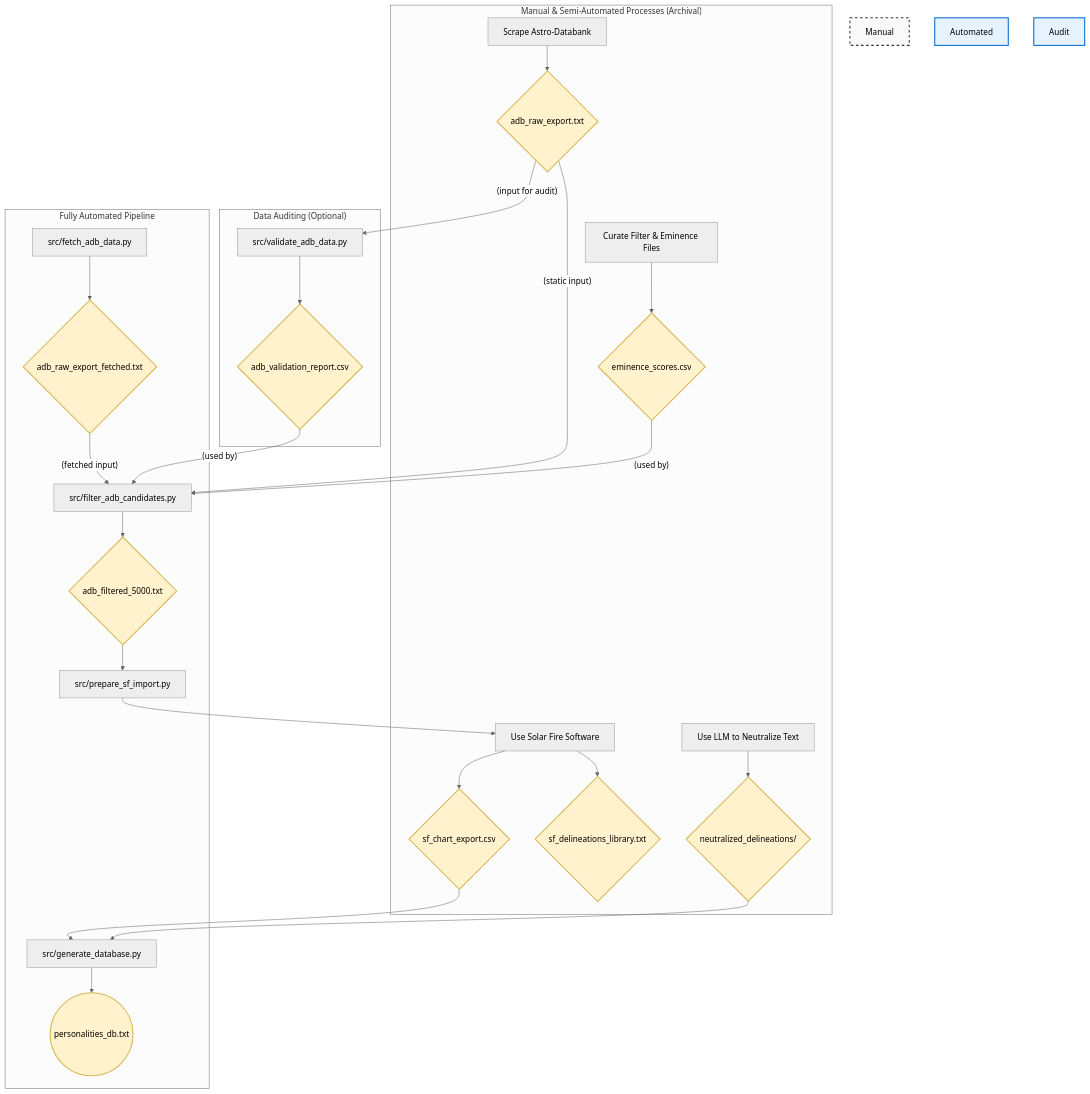
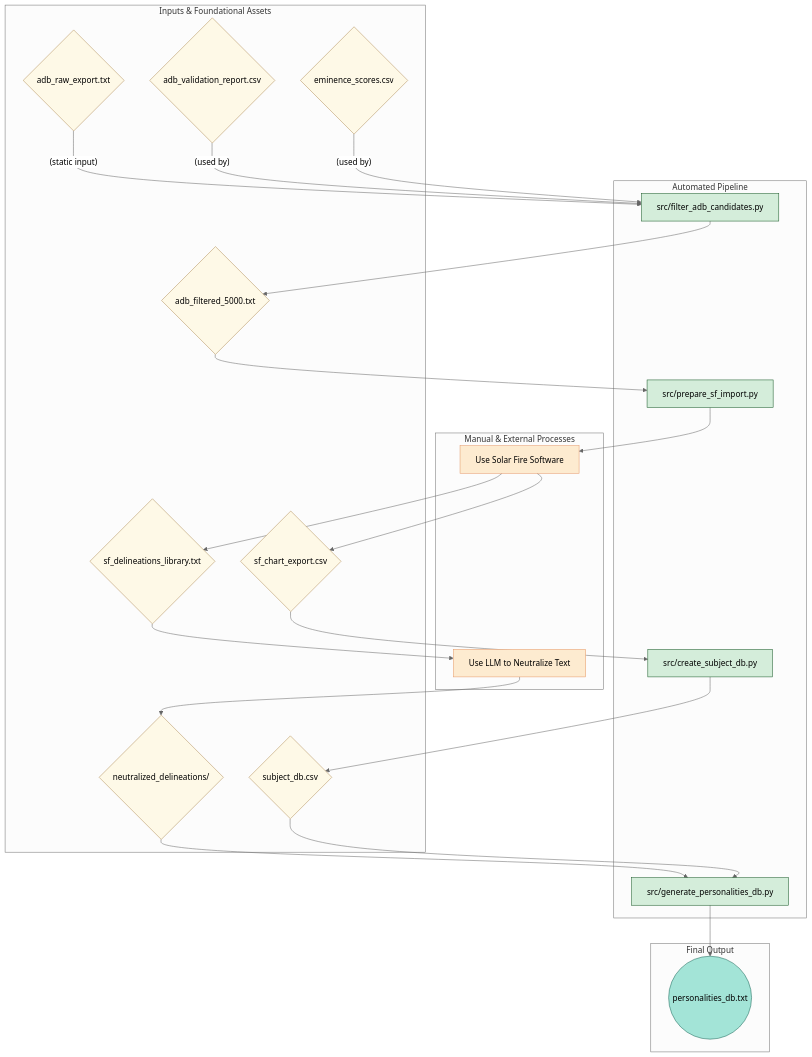
Before and after one commit to peterjmarko/llm-narrative-framework: the diagram in docs/diagrams/flow_prep_pipeline.mmd, drawn with Mermaid (neutral theme). The commit also changed other lines of this file and 17 other files, not shown here.

```diff
--- a/docs/diagrams/flow_prep_pipeline.mmd
+++ b/docs/diagrams/flow_prep_pipeline.mmd
@@ -1,35 +1,63 @@
 graph TD
-    subgraph "Manual & Semi-Automated Processes (Archival)"
-        style Manual fill:#f9f9f9,stroke:#333,stroke-width:2px,stroke-dasharray: 5 5
-        A[Scrape Astro-Databank] --> B{adb_raw_export.txt};
-        C[Curate Filter & Eminence Files] --> E{eminence_scores.csv};
-        I[Use Solar Fire Software] --> J{sf_chart_export.csv};
-        I --> K{sf_delineations_library.txt};
-        L[Use LLM to Neutralize Text] --> M{neutralized_delineations/};
+    subgraph "Automated Pipeline"
+        F[src/filter_adb_candidates.py]
+        H[src/prepare_sf_import.py]
+        S[src/create_subject_db.py]
+        N[src/generate_personalities_db.py]
     end
 
-    subgraph "Fully Automated Pipeline"
-        style Automated fill:#e6f3ff,stroke:#0066cc,stroke-width:2px
-        F_new[src/fetch_adb_data.py] --> B_new{adb_raw_export_fetched.txt};
-        F[src/filter_adb_candidates.py] --> G{adb_filtered_5000.txt};
-        H[src/prepare_sf_import.py] --> I;
-        N[src/generate_database.py] --> O((personalities_db.txt));
+    subgraph "Manual & External Processes"
+        I[Use Solar Fire Software]
+        L[Use LLM to Neutralize Text]
+    end
+    
+    subgraph "Inputs & Foundational Assets"
+        B_raw{adb_raw_export.txt}
+        Q_report{adb_validation_report.csv}
+        E_scores{eminence_scores.csv}
+        G_filtered{adb_filtered_5000.txt}
+        J_export{sf_chart_export.csv}
+        K_lib{sf_delineations_library.txt}
+        M_neut{neutralized_delineations/}
+        R_db{subject_db.csv}
     end
 
-    subgraph "Data Auditing (Optional)"
-        style Audit fill:#e6f3ff,stroke:#0066cc,stroke-width:2px
-        P[src/validate_adb_data.py] --> Q{adb_validation_report.csv}
+    subgraph "Final Output"
+        O((personalities_db.txt))
     end
 
-    B -- "(input for audit)" --> P
+    B_raw -- "(static input)" --> F
+    Q_report -- "(used by)" --> F
+    E_scores -- "(used by)" --> F
+    F --> G_filtered
+    G_filtered --> H
     
-    B -- "(static input)" --> F;
-    B_new -- "(fetched input)" --> F;
-    Q -- "(used by)" --> F
-    E -- "(used by)" --> F;
-    G --> H;
-    J --> N;
-    M --> N;
+    H --> I
+    I --> J_export
+    I --> K_lib
 
-    classDef data fill:#fff2cc,stroke:#d6b656,stroke-width:2px;
-    class B,E,G,J,K,M,O,Q,B_new data;
+    K_lib --> L
+    L --> M_neut
+    
+    J_export --> S
+    S --> R_db
+    
+    R_db --> N
+    M_neut --> N
+    N --> O
+
+    style F fill:#d4edda,stroke:#155724
+    style H fill:#d4edda,stroke:#155724
+    style S fill:#d4edda,stroke:#155724
+    style N fill:#d4edda,stroke:#155724
+    style I fill:#fdebd0,stroke:#e59866
+    style L fill:#fdebd0,stroke:#e59866
+    style B_raw fill:#fef9e7,stroke:#b08d57
+    style Q_report fill:#fef9e7,stroke:#b08d57
+    style E_scores fill:#fef9e7,stroke:#b08d57
+    style G_filtered fill:#fef9e7,stroke:#b08d57
+    style J_export fill:#fef9e7,stroke:#b08d57
+    style K_lib fill:#fef9e7,stroke:#b08d57
+    style M_neut fill:#fef9e7,stroke:#b08d57
+    style R_db fill:#fef9e7,stroke:#b08d57
+    style O fill:#a3e4d7,stroke:#0e6251
```
